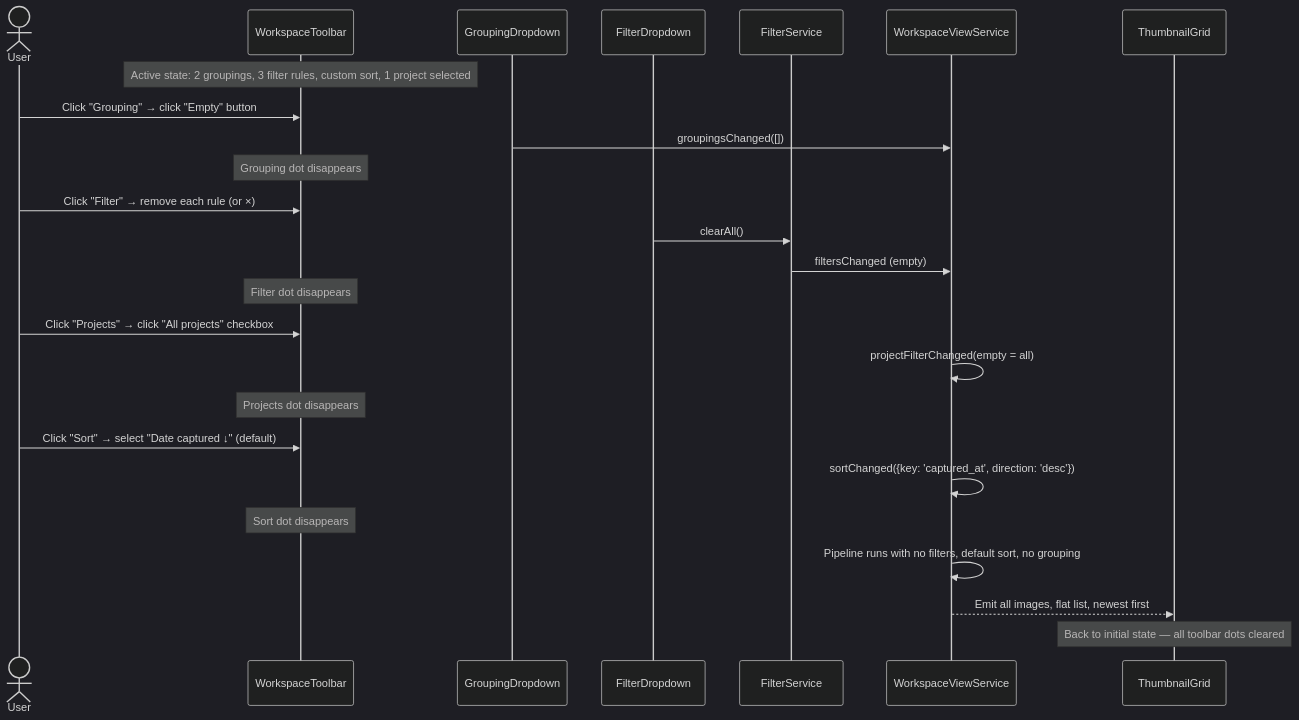
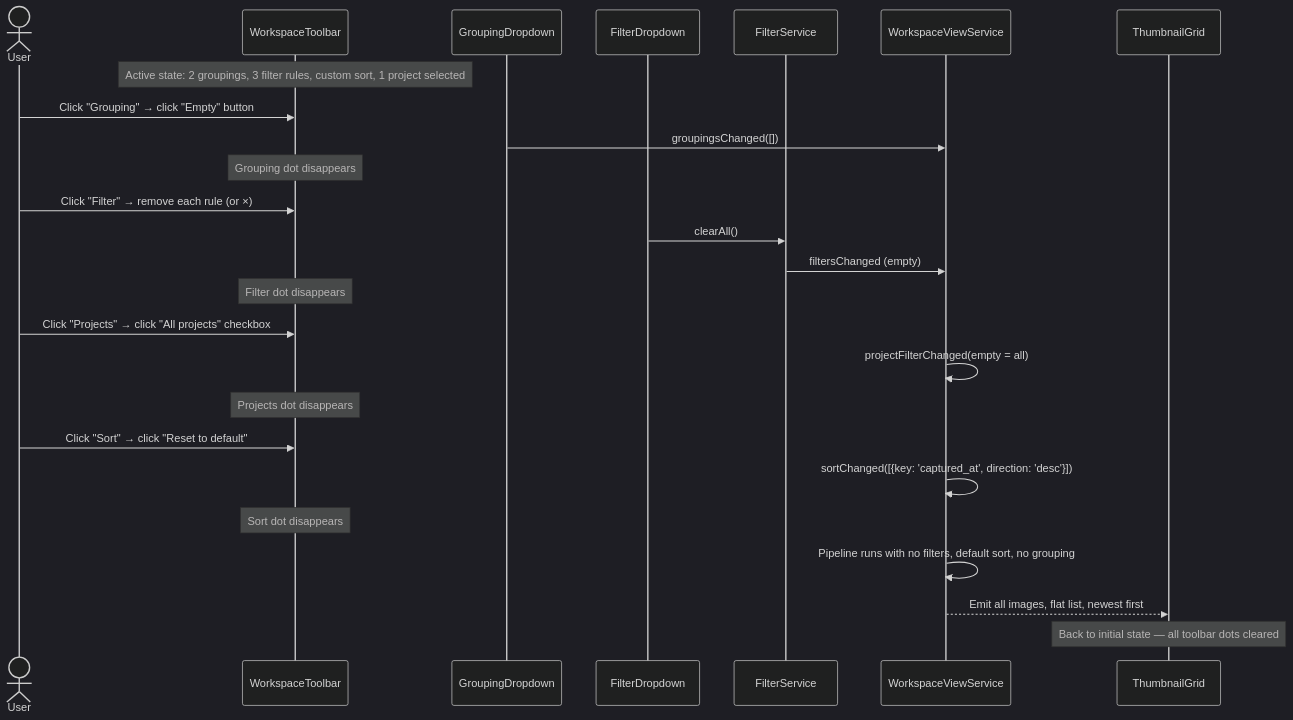
Before and after one commit to matkleve/feldpost: diagram 25 of 27 in docs/use-cases/workspace-view.md, drawn with Mermaid (dark theme). The commit also changed other lines of this file and 5 other files, not shown here.

````diff
--- a/docs/use-cases/workspace-view.md
+++ b/docs/use-cases/workspace-view.md
@@ -601,33 +792,33 @@
 ```mermaid
 sequenceDiagram
     actor User
     participant Toolbar as WorkspaceToolbar
     participant GroupDD as GroupingDropdown
     participant FilterDD as FilterDropdown
     participant FS as FilterService
     participant WVS as WorkspaceViewService
     participant Grid as ThumbnailGrid
 
     Note over Toolbar: Active state: 2 groupings, 3 filter rules, custom sort, 1 project selected
 
     User->>Toolbar: Click "Grouping" → click "Empty" button
     GroupDD->>WVS: groupingsChanged([])
     Note over Toolbar: Grouping dot disappears
 
     User->>Toolbar: Click "Filter" → remove each rule (or ×)
     FilterDD->>FS: clearAll()
     FS->>WVS: filtersChanged (empty)
     Note over Toolbar: Filter dot disappears
 
     User->>Toolbar: Click "Projects" → click "All projects" checkbox
     WVS->>WVS: projectFilterChanged(empty = all)
     Note over Toolbar: Projects dot disappears
 
-    User->>Toolbar: Click "Sort" → select "Date captured ↓" (default)
-    WVS->>WVS: sortChanged({key: 'captured_at', direction: 'desc'})
+    User->>Toolbar: Click "Sort" → click "Reset to default"
+    WVS->>WVS: sortChanged([{key: 'captured_at', direction: 'desc'}])
     Note over Toolbar: Sort dot disappears
 
     WVS->>WVS: Pipeline runs with no filters, default sort, no grouping
     WVS-->>Grid: Emit all images, flat list, newest first
     Note over Grid: Back to initial state — all toolbar dots cleared
 ```
````
